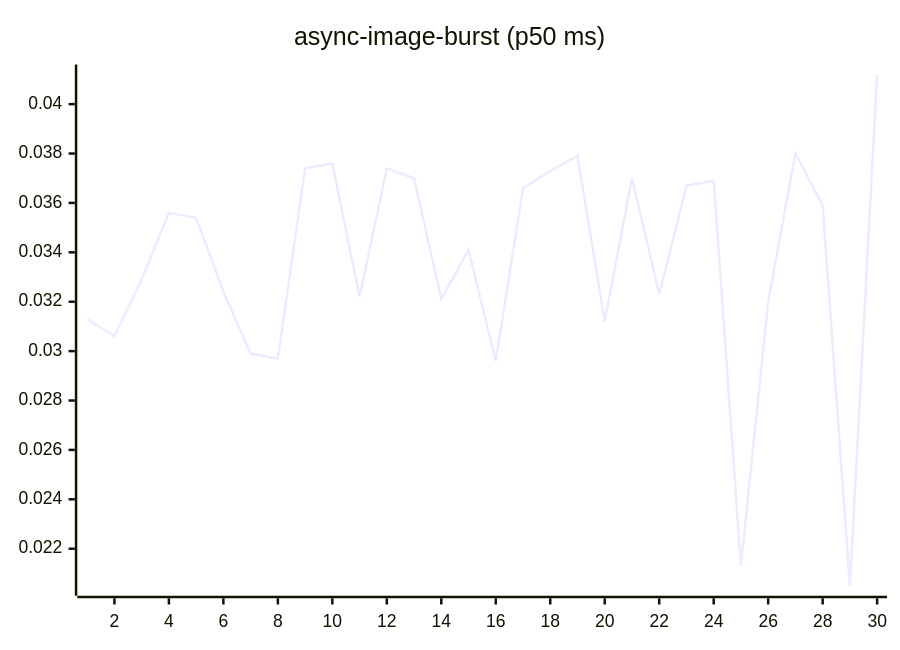
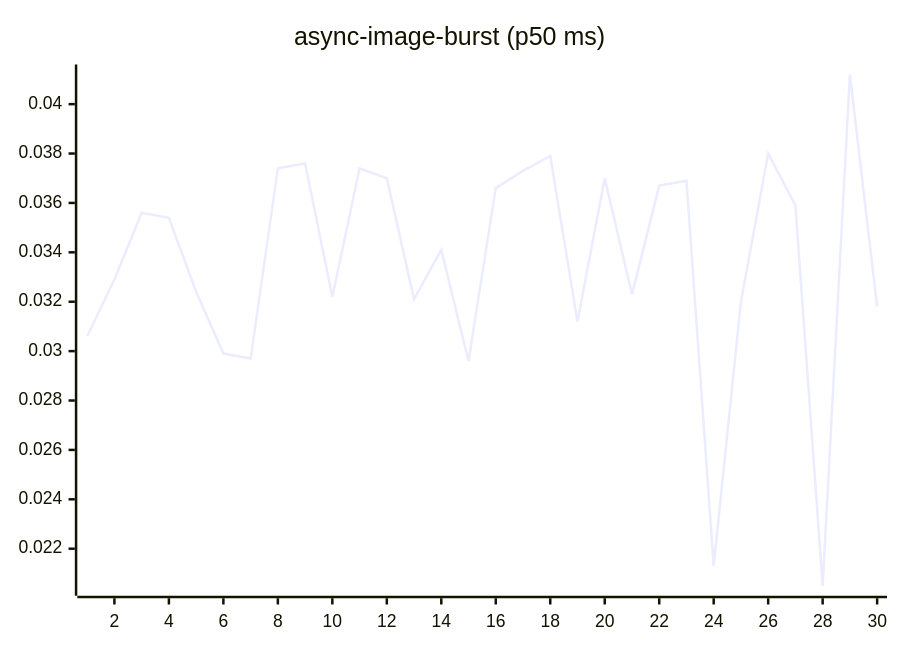
Before and after one commit to josha/Facet: the fourth of 27 diagrams in README.md, drawn with Mermaid. The commit also changed other lines of this file and 2 other files, not shown here.

````diff
--- a/README.md
+++ b/README.md
@@ -84,6 +84,6 @@
 ```mermaid
 xychart-beta
     title "async-image-burst (p50 ms)"
     x-axis 1 --> 30
-    line [0.0313, 0.0306, 0.0329, 0.0356, 0.0354, 0.0324, 0.0299, 0.0297, 0.0374, 0.0376, 0.0322, 0.0374, 0.0370, 0.0321, 0.0341, 0.0296, 0.0366, 0.0373, 0.0379, 0.0312, 0.0370, 0.0323, 0.0367, 0.0369, 0.0213, 0.0320, 0.0380, 0.0359, 0.0205, 0.0412]
+    line [0.0306, 0.0329, 0.0356, 0.0354, 0.0324, 0.0299, 0.0297, 0.0374, 0.0376, 0.0322, 0.0374, 0.0370, 0.0321, 0.0341, 0.0296, 0.0366, 0.0373, 0.0379, 0.0312, 0.0370, 0.0323, 0.0367, 0.0369, 0.0213, 0.0320, 0.0380, 0.0359, 0.0205, 0.0412, 0.0318]
 ```
````
